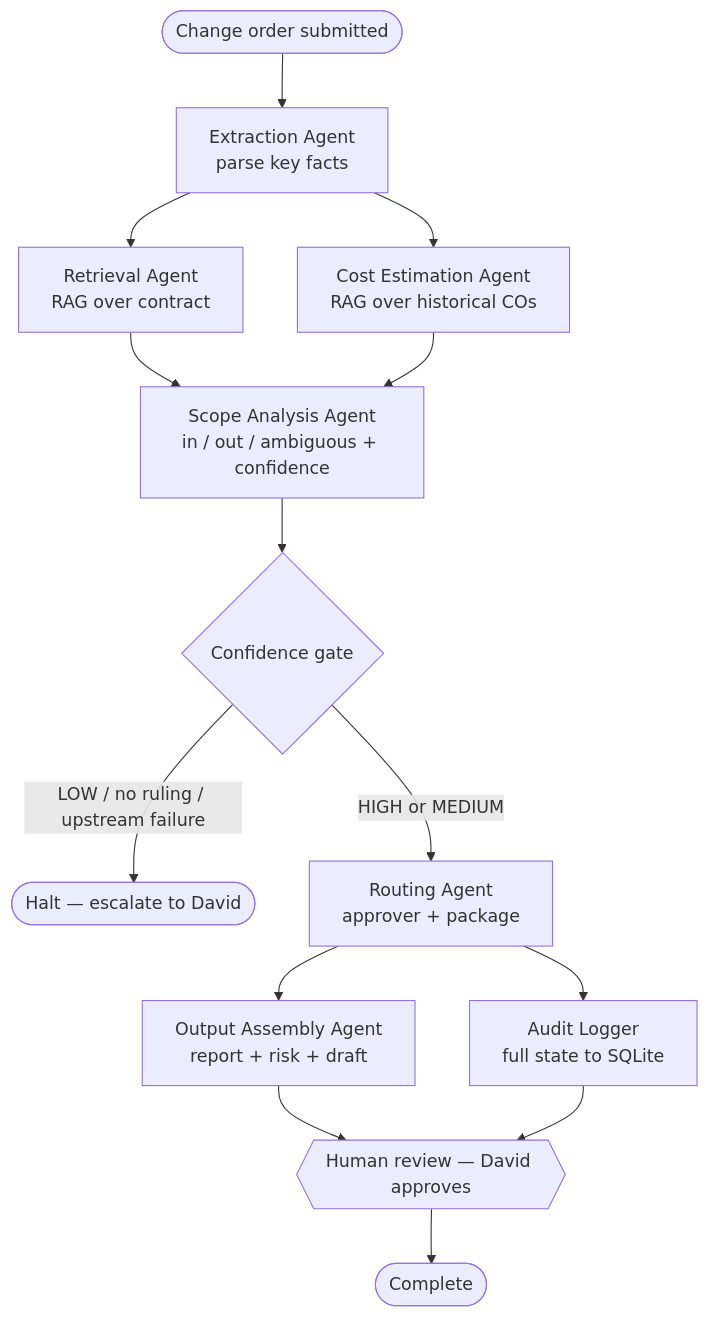
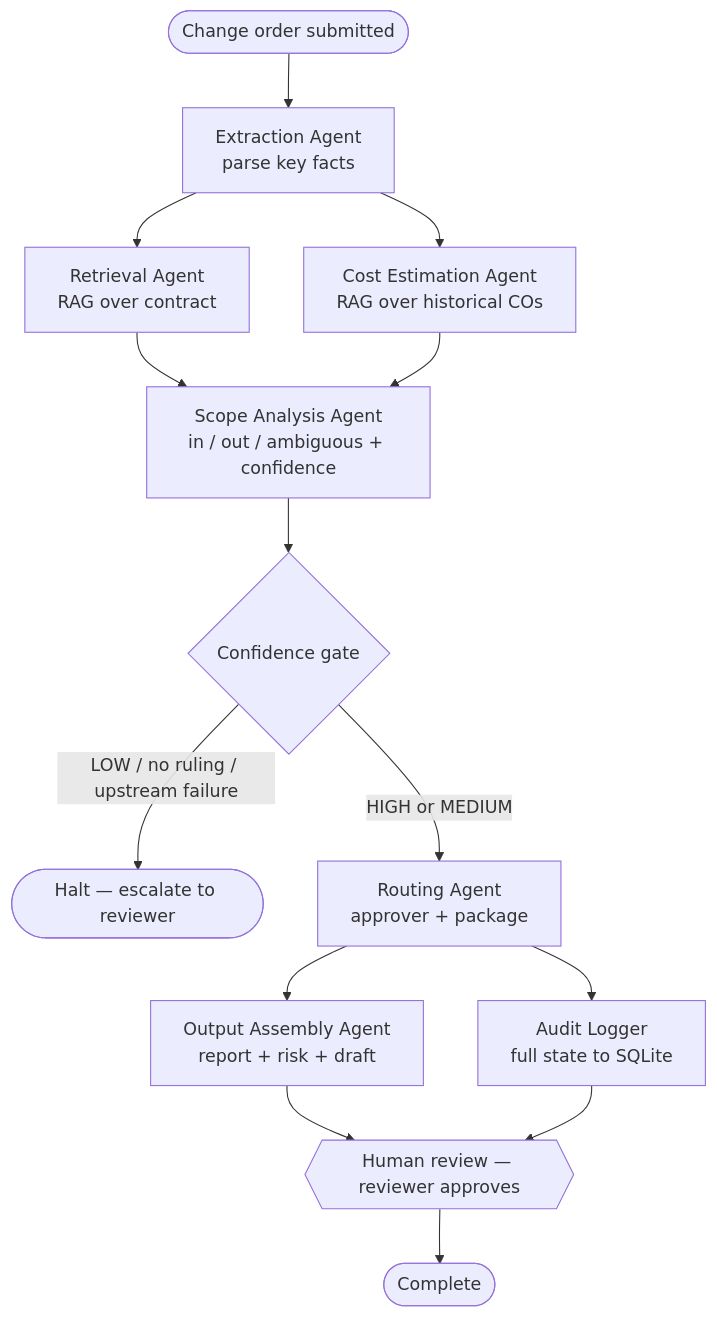
Before and after one commit to bmt3755/change-order-agent: the first of 2 diagrams in README.md, drawn with Mermaid. The commit also changed other lines of this file, not shown here.

Commit message:
Generalize human-review references in README

````diff
--- a/README.md
+++ b/README.md
@@ -25,21 +25,21 @@
 ```mermaid
 flowchart TD
     A([Change order submitted]) --> EX[Extraction Agent<br/>parse key facts]
 
     EX --> RET[Retrieval Agent<br/>RAG over contract]
     EX --> COST[Cost Estimation Agent<br/>RAG over historical COs]
 
     RET --> SCOPE[Scope Analysis Agent<br/>in / out / ambiguous + confidence]
     COST --> SCOPE
 
     SCOPE --> GATE{Confidence gate}
-    GATE -->|LOW / no ruling / upstream failure| HALT([Halt — escalate to David])
+    GATE -->|LOW / no ruling / upstream failure| HALT([Halt — escalate to reviewer])
     GATE -->|HIGH or MEDIUM| ROUTE[Routing Agent<br/>approver + package]
 
     ROUTE --> ASM[Output Assembly Agent<br/>report + risk + draft]
     ROUTE --> AUD[Audit Logger<br/>full state to SQLite]
 
-    ASM --> HITL{{Human review — David approves}}
+    ASM --> HITL{{Human review — reviewer approves}}
     AUD --> HITL
     HITL --> DONE([Complete])
 ```
````
